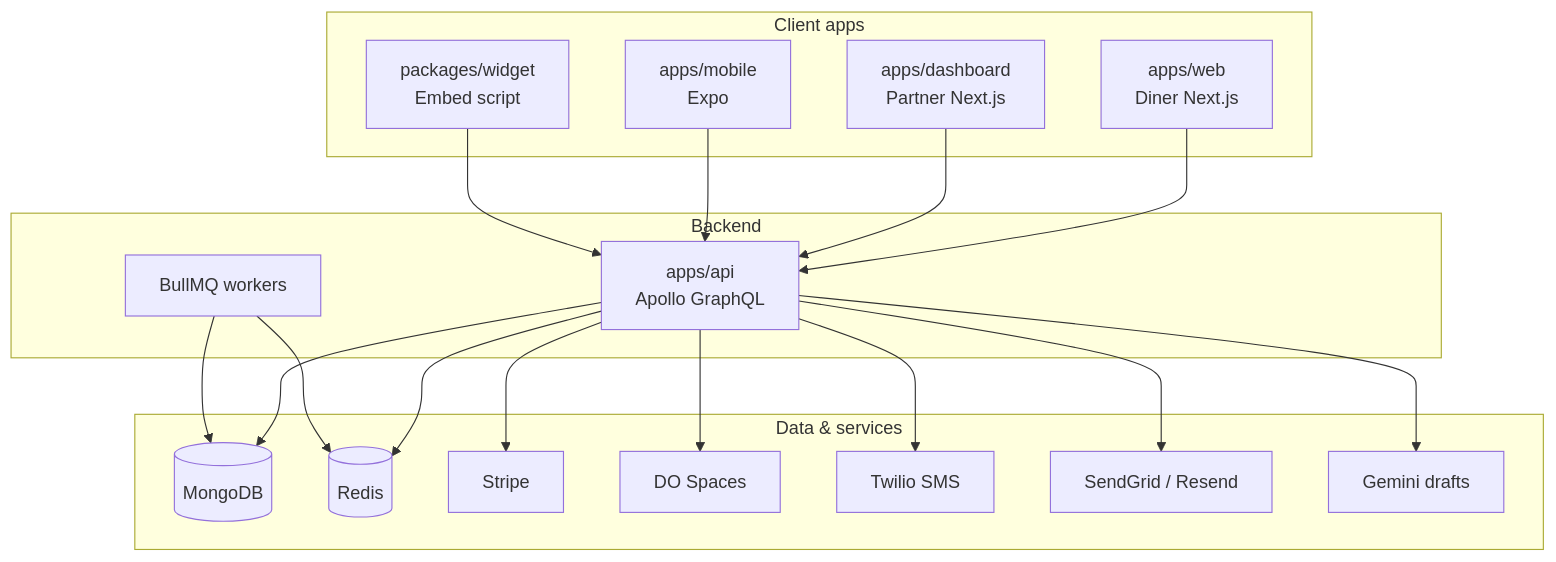
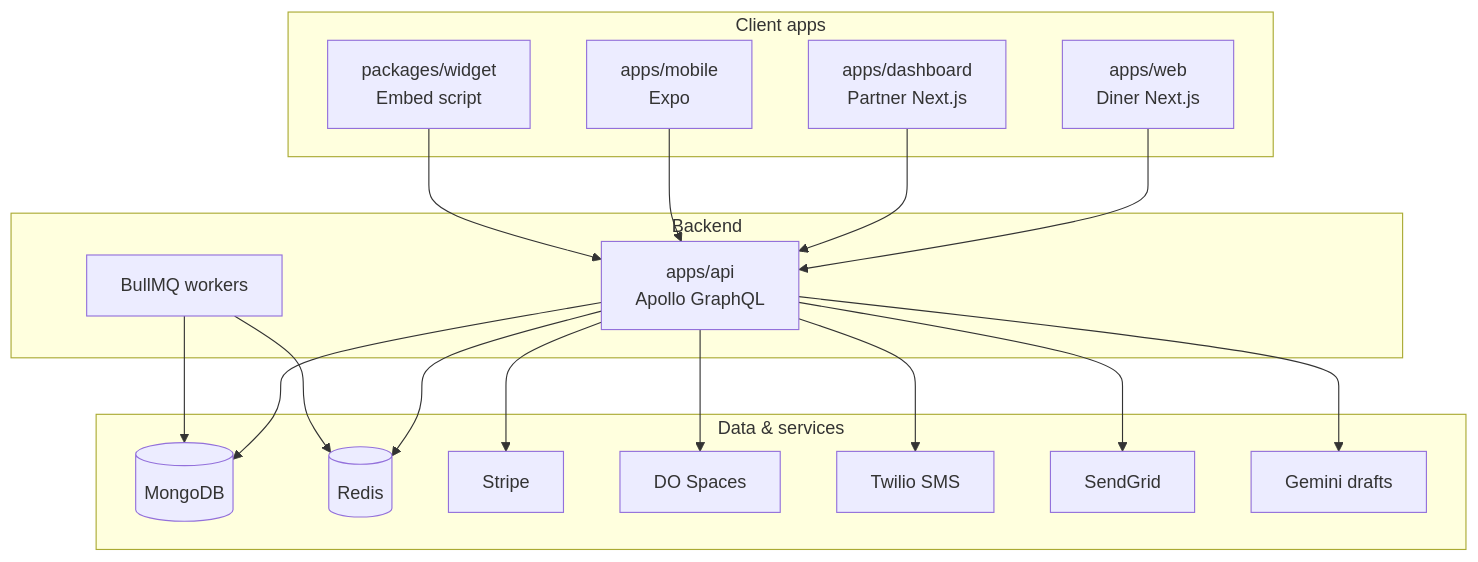
Before and after one commit to elevaro-solutions/uzeats-reservations: the diagram in apps/docs/docs/architecture/overview.md, drawn with Mermaid. The commit also changed 104 other files, not shown here.

````diff
--- a/apps/docs/docs/architecture/overview.md
+++ b/apps/docs/docs/architecture/overview.md
@@ -5,38 +5,38 @@
 ```mermaid
 flowchart TB
   subgraph clients [Client apps]
     Web[apps/web<br/>Diner Next.js]
     Dash[apps/dashboard<br/>Partner Next.js]
     Mobile[apps/mobile<br/>Expo]
     Widget[packages/widget<br/>Embed script]
   end
 
   subgraph backend [Backend]
     API[apps/api<br/>Apollo GraphQL]
     Workers[BullMQ workers]
   end
 
   subgraph data [Data & services]
     Mongo[(MongoDB)]
     Redis[(Redis)]
     Stripe[Stripe]
     Spaces[DO Spaces]
     Twilio[Twilio SMS]
-    Email[SendGrid / Resend]
+    Email[SendGrid]
     Gemini[Gemini drafts]
   end
 
   Web --> API
   Dash --> API
   Mobile --> API
   Widget --> API
   API --> Mongo
   API --> Redis
   Workers --> Redis
   Workers --> Mongo
   API --> Stripe
   API --> Spaces
   API --> Twilio
   API --> Email
   API --> Gemini
 ```
````
